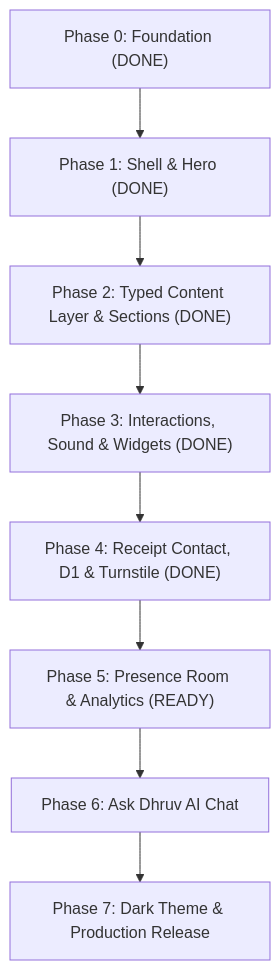
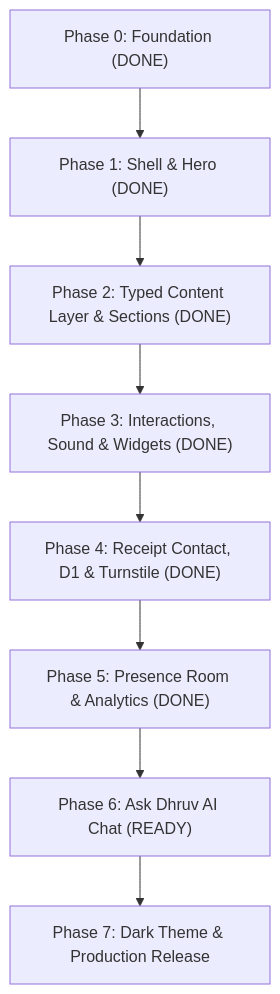
The diagram in docs/PHASES.md (Dhruvkoshta/Portfolio-v2), drawn with Mermaid before and after one commit. The commit also changed other lines of this file and 14 other files, not shown here.

First line of the commit message:
feat(presence): complete Phase 5 live presence room and privacy analytics

````diff
--- a/docs/PHASES.md
+++ b/docs/PHASES.md
@@ -7,10 +7,10 @@
 ```mermaid
 flowchart TD
   P0["Phase 0: Foundation (DONE)"] --> P1["Phase 1: Shell & Hero (DONE)"]
   P1 --> P2["Phase 2: Typed Content Layer & Sections (DONE)"]
   P2 --> P3["Phase 3: Interactions, Sound & Widgets (DONE)"]
   P3 --> P4["Phase 4: Receipt Contact, D1 & Turnstile (DONE)"]
-  P4 --> P5["Phase 5: Presence Room & Analytics (READY)"]
-  P5 --> P6["Phase 6: Ask Dhruv AI Chat"]
+  P4 --> P5["Phase 5: Presence Room & Analytics (DONE)"]
+  P5 --> P6["Phase 6: Ask Dhruv AI Chat (READY)"]
   P6 --> P7["Phase 7: Dark Theme & Production Release"]
 ```
````
